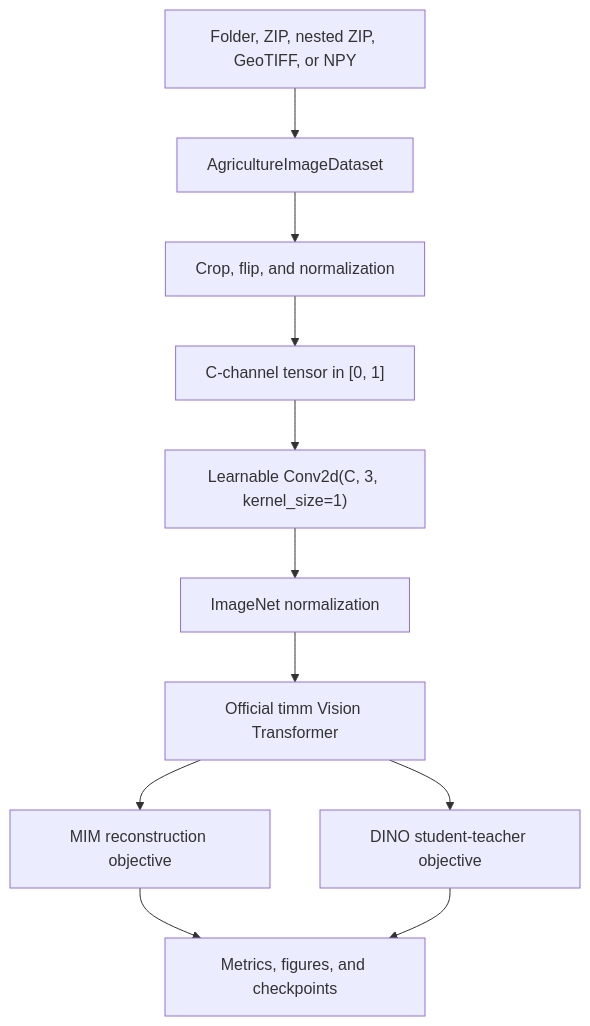
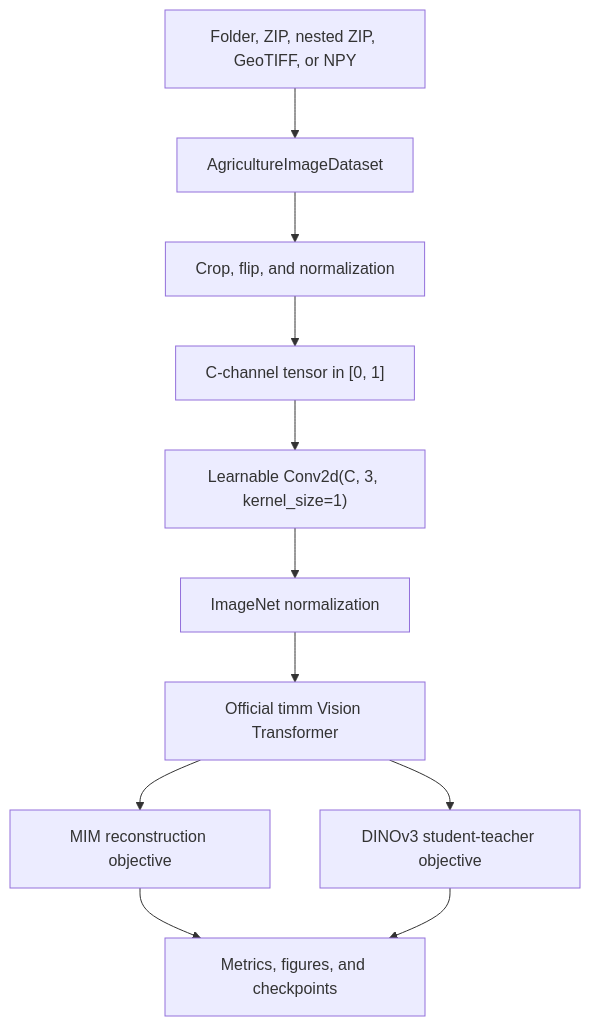
One commit to bappy451/AG-Foundational-Model changed the diagram in docs/architecture.md. Above: the diagram before and after it, drawn with Mermaid. The commit also changed other lines of this file and 32 other files, not shown here.

````diff
--- a/docs/architecture.md
+++ b/docs/architecture.md
@@ -8,13 +8,13 @@
 ```mermaid
 flowchart TD
   A["Folder, ZIP, nested ZIP, GeoTIFF, or NPY"] --> B["AgricultureImageDataset"]
   B --> C["Crop, flip, and normalization"]
   C --> D["C-channel tensor in [0, 1]"]
   D --> E["Learnable Conv2d(C, 3, kernel_size=1)"]
   E --> F["ImageNet normalization"]
   F --> G["Official timm Vision Transformer"]
   G --> H["MIM reconstruction objective"]
-  G --> I["DINO student-teacher objective"]
+  G --> I["DINOv3 student-teacher objective"]
   H --> J["Metrics, figures, and checkpoints"]
   I --> J
 ```
````
